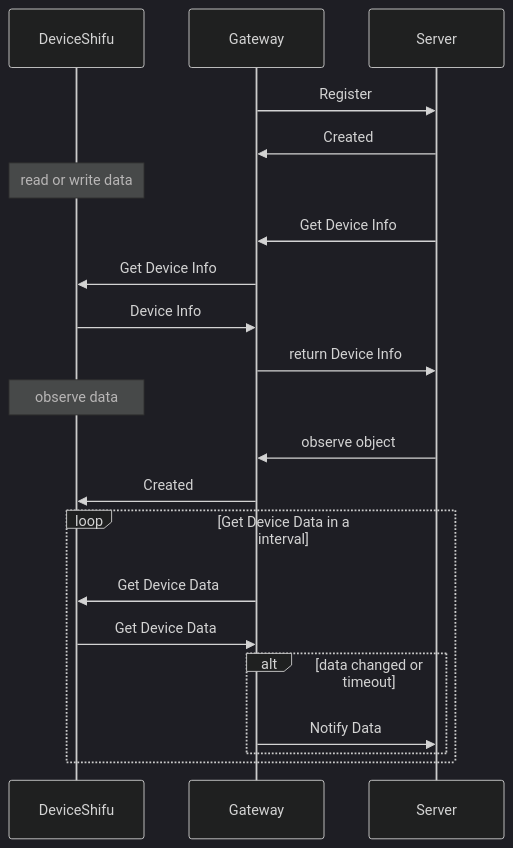
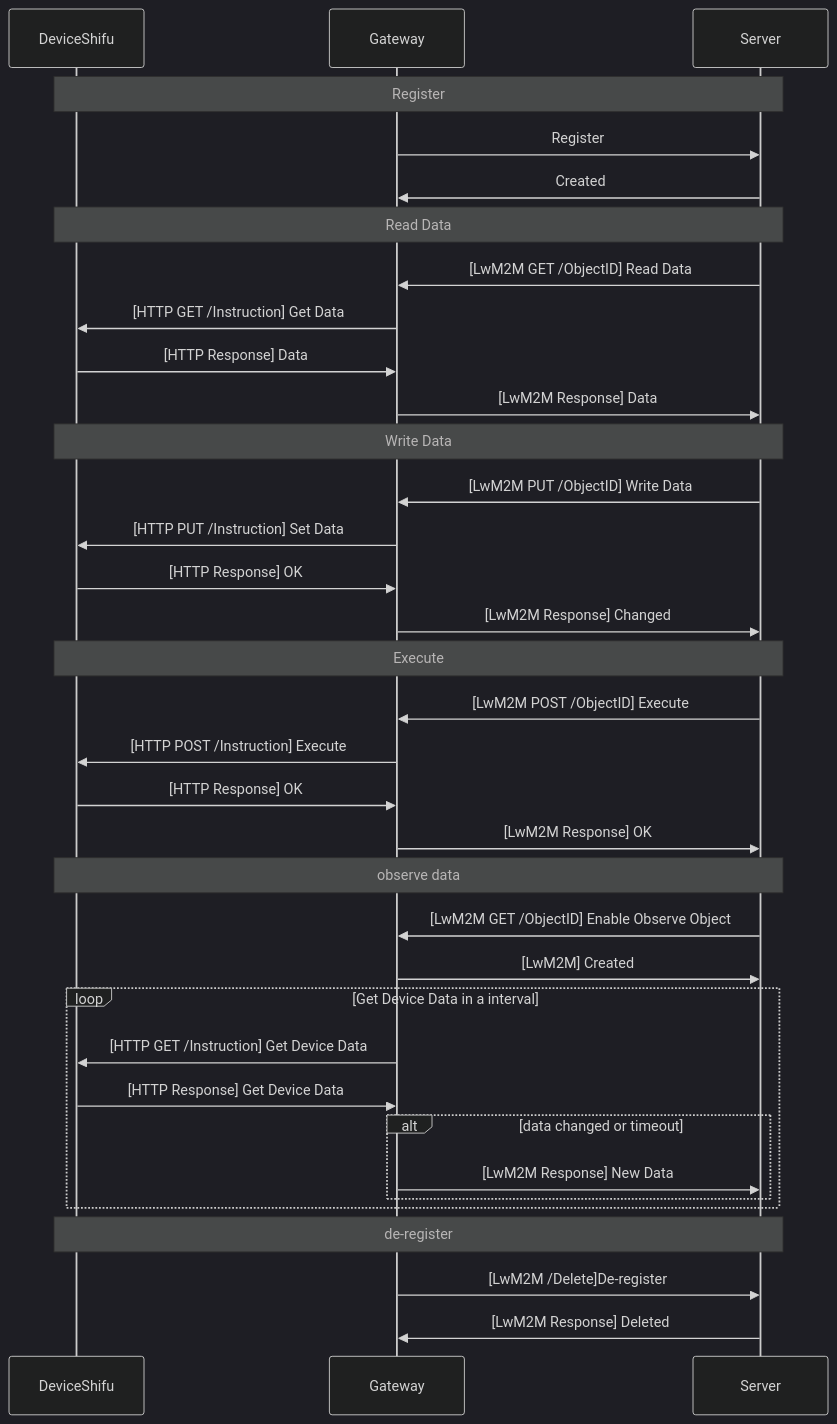
The second of 2 diagrams in docs/design/gateway/lwM2M-gateway.md (Edgenesis/shifu), drawn with Mermaid (dark theme) before and after one commit. The commit also changed other lines of this file, not shown here.

Commit message:
improve doc

````diff
--- a/docs/design/gateway/lwM2M-gateway.md
+++ b/docs/design/gateway/lwM2M-gateway.md
@@ -81,26 +98,43 @@
 ```mermaid
 sequenceDiagram
-   participant ds as DeviceShifu
-   participant gw as Gateway
-   participant s as Server
+  participant ds as DeviceShifu
+  participant gw as Gateway
+  participant s as Server
 
-   gw ->> s: Register
-   s ->> gw: Created
+  note over ds,s: Register
+  gw ->> s: Register
+  s ->> gw: Created
 
-   note over ds: read or write data
-   s ->> gw: Get Device Info
-   gw ->> ds: Get Device Info
-   ds ->> gw: Device Info
-   gw ->> s: return Device Info
+  note over ds,s: Read Data
+  s ->> gw: [LwM2M GET /ObjectID] Read Data
+  gw ->> ds: [HTTP GET /Instruction] Get Data
+  ds ->> gw: [HTTP Response] Data
+  gw ->> s: [LwM2M Response] Data
 
-   note over ds: observe data
-   s ->> gw: observe object
-   gw ->> ds: Created
-   loop Get Device Data in a interval
-      gw ->> ds: Get Device Data
-      ds ->> gw: Get Device Data
-      alt data changed or timeout
-         gw ->> s: Notify Data
-      end
-   end
+  note over ds,s: Write Data
+  s ->> gw: [LwM2M PUT /ObjectID] Write Data
+  gw ->> ds: [HTTP PUT /Instruction] Set Data
+  ds ->> gw: [HTTP Response] OK
+  gw ->> s: [LwM2M Response] Changed
+
+  note over ds,s: Execute
+  s ->> gw: [LwM2M POST /ObjectID] Execute
+  gw ->> ds: [HTTP POST /Instruction] Execute
+  ds ->> gw: [HTTP Response] OK
+  gw ->> s: [LwM2M Response] OK
+
+  note over ds,s: observe data
+  s ->> gw: [LwM2M GET /ObjectID] Enable Observe Object
+  gw ->> s: [LwM2M] Created
+  loop Get Device Data in a interval
+     gw ->> ds: [HTTP GET /Instruction] Get Device Data
+     ds ->> gw: [HTTP Response] Get Device Data
+     alt data changed or timeout
+        gw ->> s: [LwM2M Response] New Data
+     end
+  end
+
+  note over ds,s: de-register
+    gw ->> s: [LwM2M /Delete]De-register
+    s ->> gw: [LwM2M Response] Deleted
 ```
````
